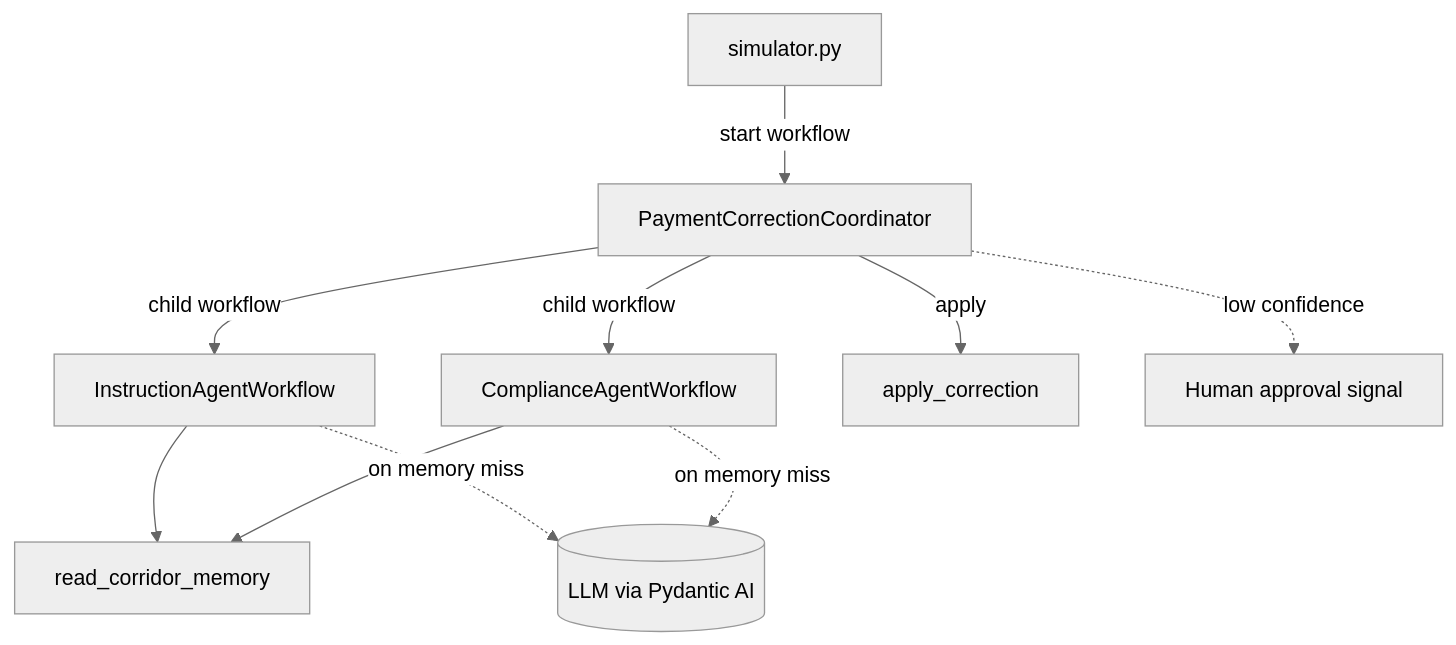
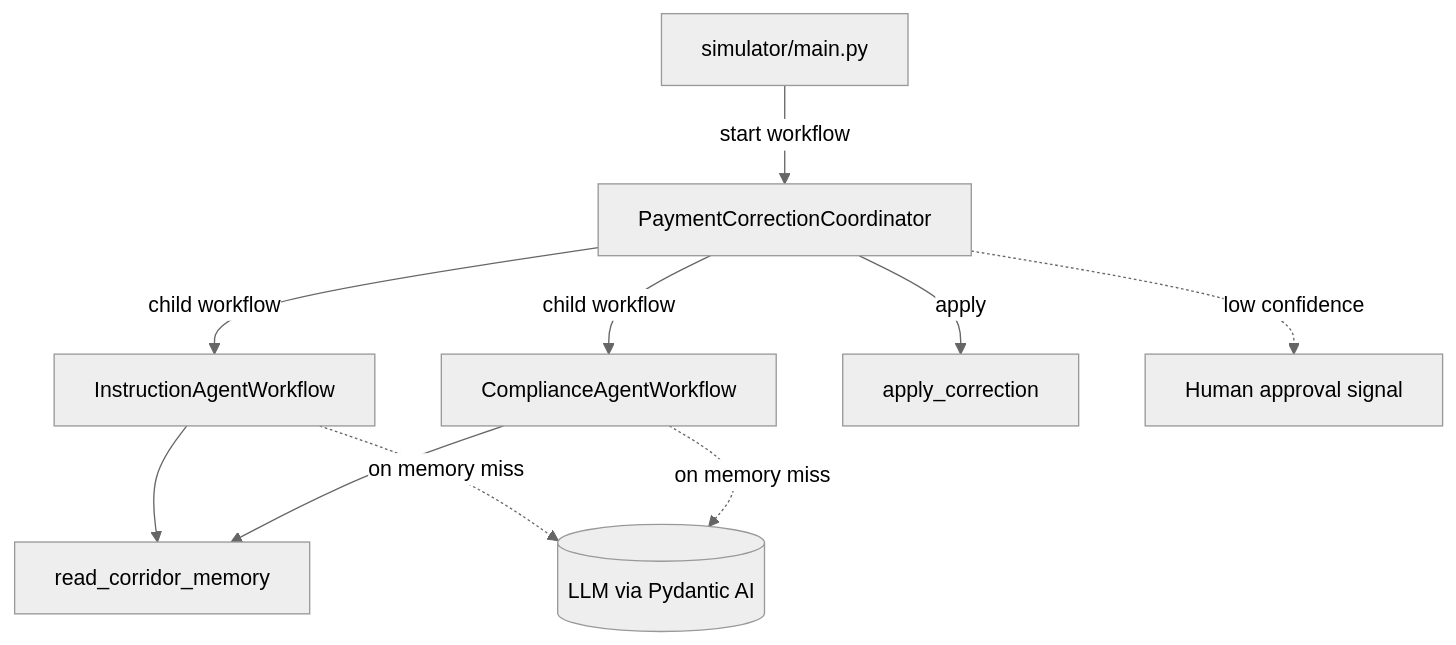
One commit to alexandreroman/temporal-payment-corridor-workshop changed the diagram in README.md. Above: the diagram before and after it, drawn with Mermaid (neutral theme). The commit also changed other lines of this file and 20 other files, not shown here.

````diff
--- a/README.md
+++ b/README.md
@@ -107,12 +107,12 @@
 ```mermaid
 graph TD
-    S[simulator.py] -->|start workflow| C[PaymentCorrectionCoordinator]
+    S[simulator/main.py] -->|start workflow| C[PaymentCorrectionCoordinator]
     C -->|child workflow| I[InstructionAgentWorkflow]
     C -->|child workflow| K[ComplianceAgentWorkflow]
     I --> M[read_corridor_memory]
     K --> M
     I -.->|on memory miss| L[(LLM via Pydantic AI)]
     K -.->|on memory miss| L
     C -->|apply| A[apply_correction]
     C -.->|low confidence| H[Human approval signal]
 ```
````
